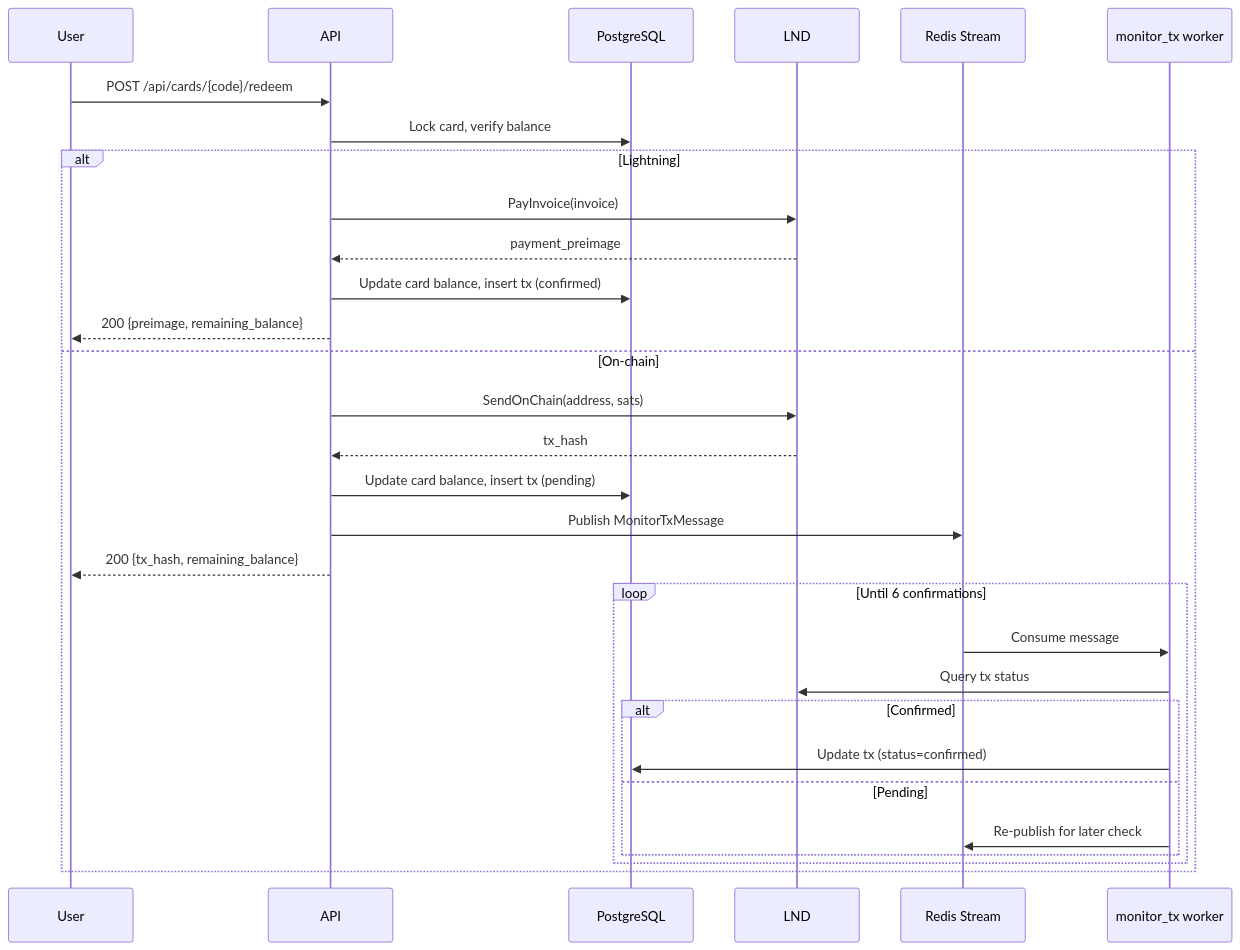
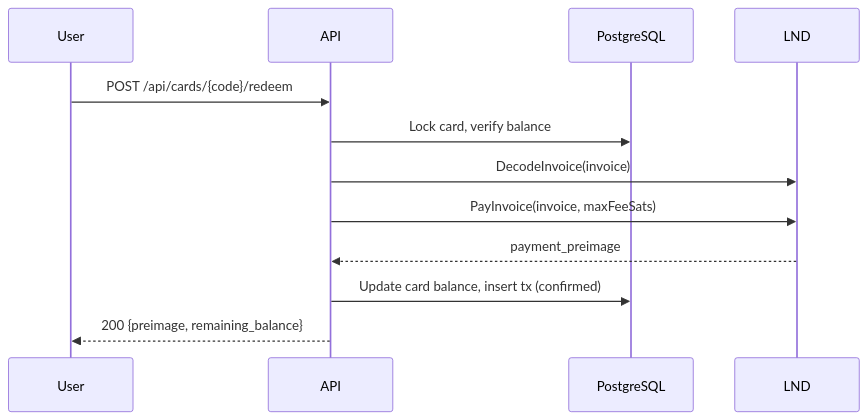
The fourth of 4 diagrams in README.md (DanielDucuara2018/btc-giftcard-backend), drawn with Mermaid before and after one commit. The commit also changed other lines of this file and 25 other files, not shown here.

First line of the commit message:
refactor: remove on-chain redemption path — Lightning-only

````diff
--- a/README.md
+++ b/README.md
@@ -113,35 +109,15 @@
 ```mermaid
 sequenceDiagram
     participant User
     participant API
     participant DB as PostgreSQL
     participant LND
-    participant Queue as Redis Stream
-    participant Monitor as monitor_tx worker
 
     User->>API: POST /api/cards/{code}/redeem
     API->>DB: Lock card, verify balance
-
-    alt Lightning
-        API->>LND: PayInvoice(invoice)
-        LND-->>API: payment_preimage
-        API->>DB: Update card balance, insert tx (confirmed)
-        API-->>User: 200 {preimage, remaining_balance}
-    else On-chain
-        API->>LND: SendOnChain(address, sats)
-        LND-->>API: tx_hash
-        API->>DB: Update card balance, insert tx (pending)
-        API->>Queue: Publish MonitorTxMessage
-        API-->>User: 200 {tx_hash, remaining_balance}
-
-        loop Until 6 confirmations
-            Queue->>Monitor: Consume message
-            Monitor->>LND: Query tx status
-            alt Confirmed
-                Monitor->>DB: Update tx (status=confirmed)
-            else Pending
-                Monitor->>Queue: Re-publish for later check
-            end
-        end
-    end
+    API->>LND: DecodeInvoice(invoice)
+    API->>LND: PayInvoice(invoice, maxFeeSats)
+    LND-->>API: payment_preimage
+    API->>DB: Update card balance, insert tx (confirmed)
+    API-->>User: 200 {preimage, remaining_balance}
 ```
````
